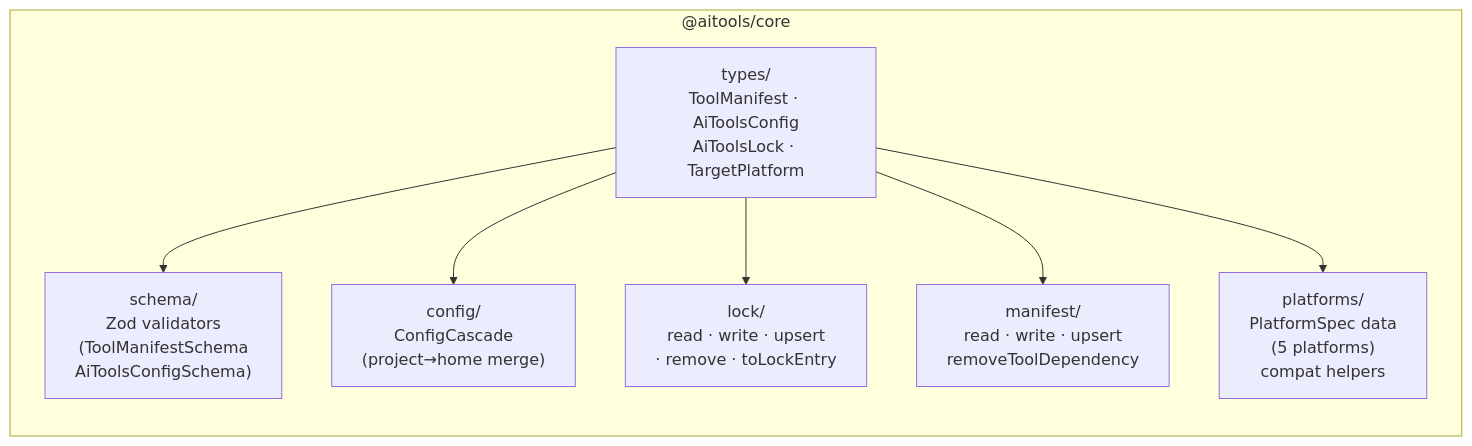
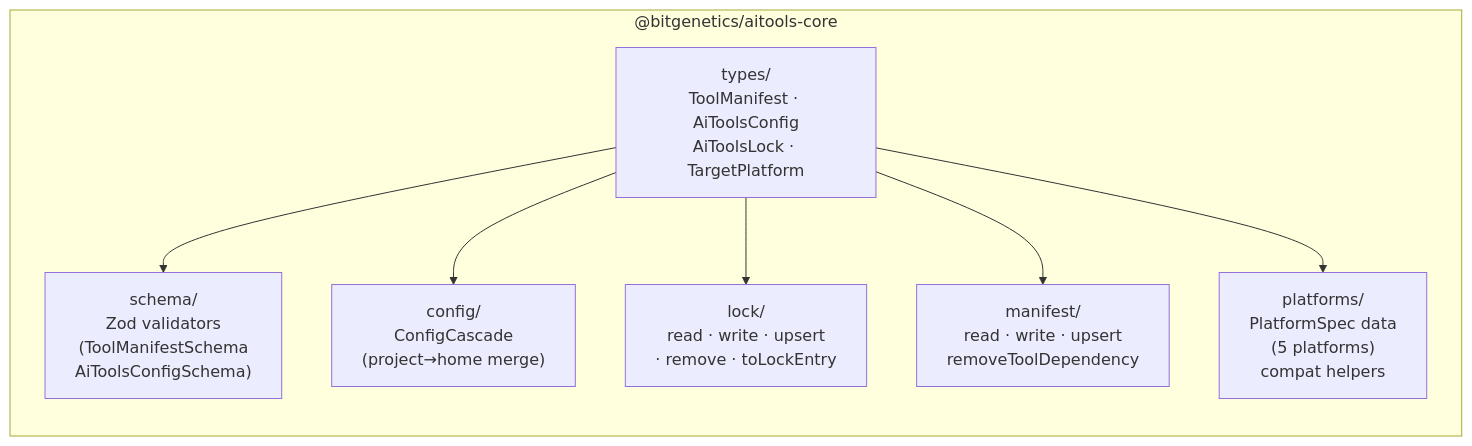
The third of 7 diagrams in docs/design/architecture.md (bitgenetics/aitools), drawn with Mermaid before and after one commit. The commit also changed other lines of this file and 159 other files, not shown here.

````diff
--- a/docs/design/architecture.md
+++ b/docs/design/architecture.md
@@ -82,17 +82,17 @@
 ```mermaid
 graph LR
-    subgraph core["@aitools/core"]
+    subgraph core["@bitgenetics/aitools-core"]
         types["types/<br/>ToolManifest · AiToolsConfig<br/>AiToolsLock · TargetPlatform"]
         schema["schema/<br/>Zod validators<br/>(ToolManifestSchema<br/>AiToolsConfigSchema)"]
         config["config/<br/>ConfigCascade<br/>(project→home merge)"]
         lock["lock/<br/>read · write · upsert<br/>· remove · toLockEntry"]
         manifest_mod["manifest/<br/>read · write · upsert<br/>removeToolDependency"]
         platforms["platforms/<br/>PlatformSpec data<br/>(5 platforms)<br/>compat helpers"]
     end
 
     types --> schema
     types --> config
     types --> lock
     types --> manifest_mod
     types --> platforms
 ```
````
